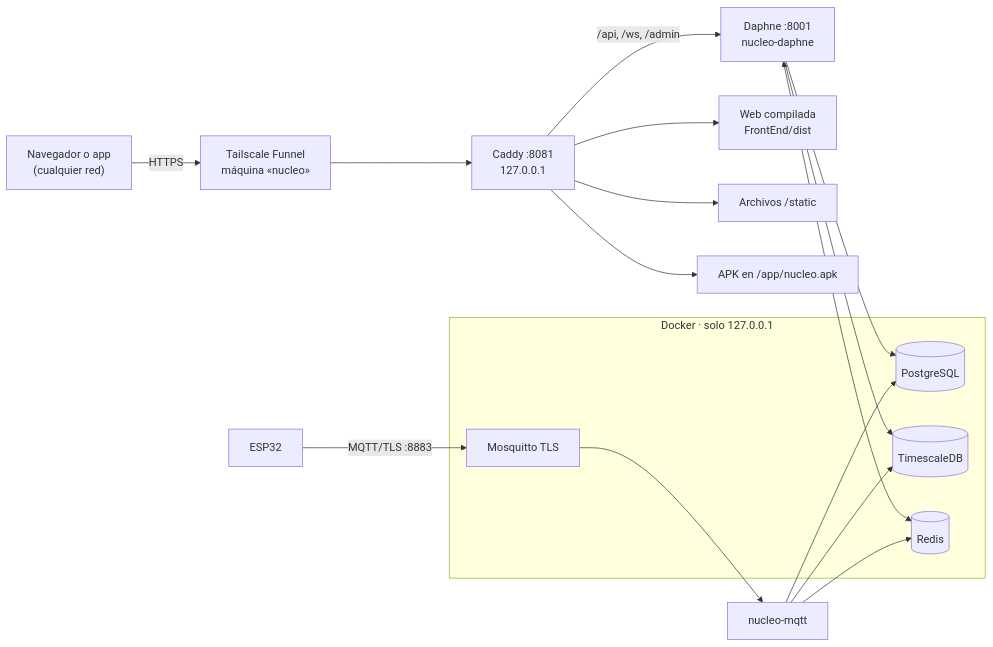
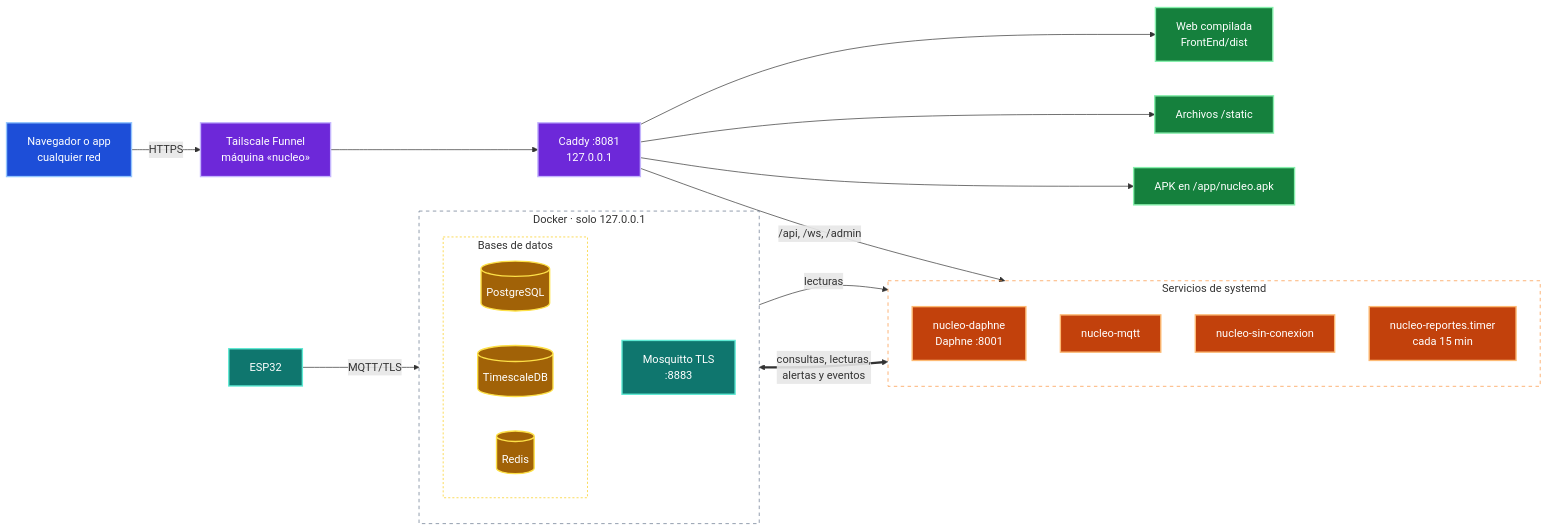
The sixth of 6 diagrams in README.md (BrandonGlz/Nucleo), drawn with Mermaid before and after one commit. The commit also changed other lines of this file, not shown here.

Commit message:
docs: diagramas a color en el README (flujo, stack, carpetas, servicios, ramas y servidor)

````diff
--- a/README.md
+++ b/README.md
@@ -323,23 +446,45 @@
 ```mermaid
 flowchart LR
-    U["Navegador o app<br/>(cualquier red)"] -->|HTTPS| TS["Tailscale Funnel<br/>máquina «nucleo»"]
+    U["Navegador o app<br/>cualquier red"] -->|HTTPS| TS["Tailscale Funnel<br/>máquina «nucleo»"]
     TS --> C["Caddy :8081<br/>127.0.0.1"]
     C --> W["Web compilada<br/>FrontEnd/dist"]
     C --> ST["Archivos /static"]
     C --> APK["APK en /app/nucleo.apk"]
-    C -->|"/api, /ws, /admin"| D["Daphne :8001<br/>nucleo-daphne"]
+    C -->|"/api, /ws, /admin"| D
+    subgraph SY["Servicios de systemd"]
+        direction TB
+        D["nucleo-daphne<br/>Daphne :8001"]
+        MQ["nucleo-mqtt"]
+        SC["nucleo-sin-conexion"]
+        RP["nucleo-reportes.timer<br/>cada 15 min"]
+    end
     subgraph DK["Docker · solo 127.0.0.1"]
-        PG[("PostgreSQL")]
-        TDB[("TimescaleDB")]
-        R[("Redis")]
-        M["Mosquitto TLS"]
+        direction TB
+        M["Mosquitto TLS<br/>:8883"]
+        subgraph BD["Bases de datos"]
+            PG[("PostgreSQL")]
+            TDB[("TimescaleDB")]
+            R[("Redis")]
+        end
     end
-    D --> PG
-    D --> TDB
-    D <--> R
-    E["ESP32"] -->|"MQTT/TLS :8883"| M
-    M --> MQ["nucleo-mqtt"]
-    MQ --> TDB
-    MQ --> PG
-    MQ --> R
+    E["ESP32"] -->|MQTT/TLS| M
+    M -->|lecturas| MQ
+    SY <==>|"consultas, lecturas,<br/>alertas y eventos"| BD
+    classDef cliente fill:#1d4ed8,stroke:#93c5fd,color:#fff,stroke-width:2px
+    classDef red fill:#6d28d9,stroke:#c4b5fd,color:#fff,stroke-width:2px
+    classDef web fill:#15803d,stroke:#86efac,color:#fff,stroke-width:2px
+    classDef backend fill:#c2410c,stroke:#fdba74,color:#fff,stroke-width:2px
+    classDef datos fill:#a16207,stroke:#fde047,color:#fff,stroke-width:2px
+    classDef iot fill:#0f766e,stroke:#5eead4,color:#fff,stroke-width:2px
+    classDef externo fill:#a21caf,stroke:#f0abfc,color:#fff,stroke-width:2px
+    classDef doc fill:#475569,stroke:#cbd5e1,color:#fff,stroke-width:2px
+    class U cliente
+    class TS,C red
+    class W,ST,APK web
+    class D,MQ,SC,RP backend
+    class PG,TDB,R datos
+    class M,E iot
+    style SY fill:transparent,stroke:#fb923c,stroke-dasharray:5 5
+    style DK fill:transparent,stroke:#64748b,stroke-dasharray:5 5
+    style BD fill:transparent,stroke:#facc15,stroke-dasharray:3 3
 ```
````
